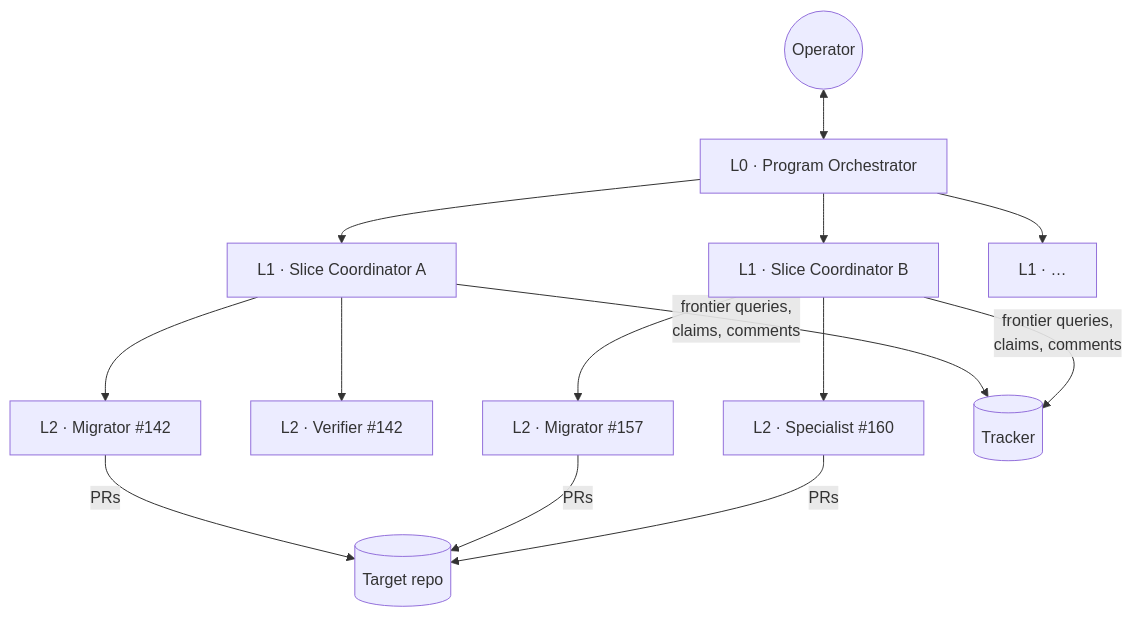
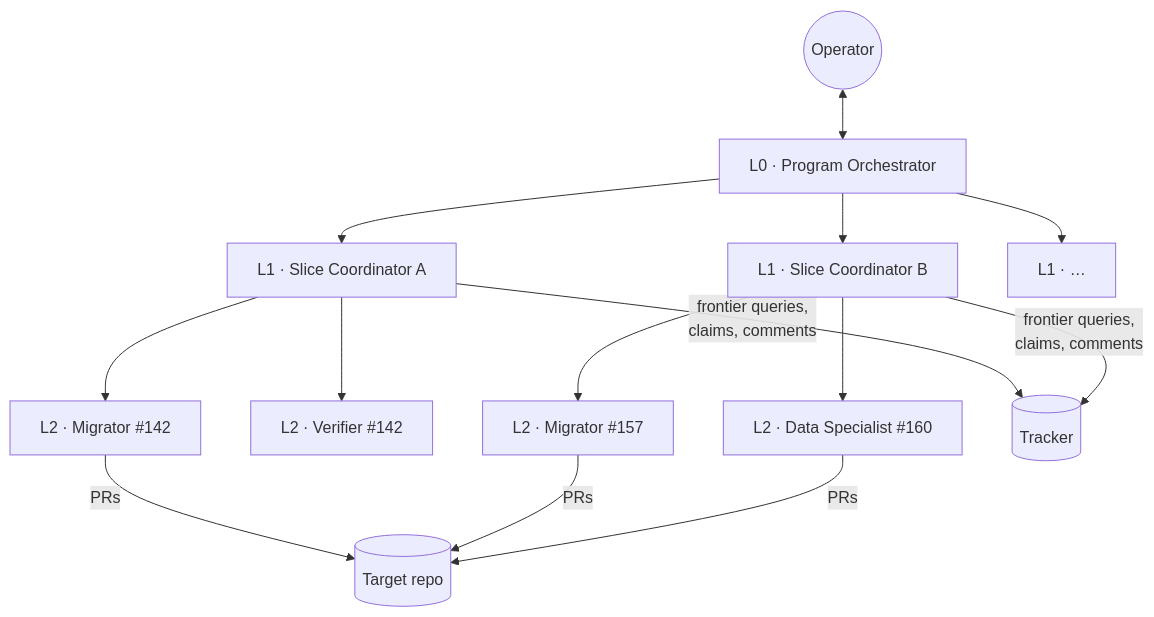
Before and after one commit to martins-vds/ai-factory-swarm: the third of 3 diagrams in docs/architecture.md, drawn with Mermaid. The commit also changed other lines of this file and 15 other files, not shown here.

First line of the commit message:
Settle open design questions (architecture v0.2)

````diff
--- a/docs/architecture.md
+++ b/docs/architecture.md
@@ -400,13 +530,13 @@
 ```mermaid
 flowchart TB
   OP((Operator)) <--> L0[L0 · Program Orchestrator]
   L0 --> C1[L1 · Slice Coordinator A]
   L0 --> C2[L1 · Slice Coordinator B]
   L0 --> CN[L1 · …]
   C1 --> W1[L2 · Migrator #142]
   C1 --> W2[L2 · Verifier #142]
   C2 --> W3[L2 · Migrator #157]
-  C2 --> W4[L2 · Specialist #160]
+  C2 --> W4[L2 · Data Specialist #160]
   W1 & W3 & W4 -- PRs --> T[(Target repo)]
   C1 & C2 -- frontier queries,\nclaims, comments --> I[(Tracker)]
 ```
````
